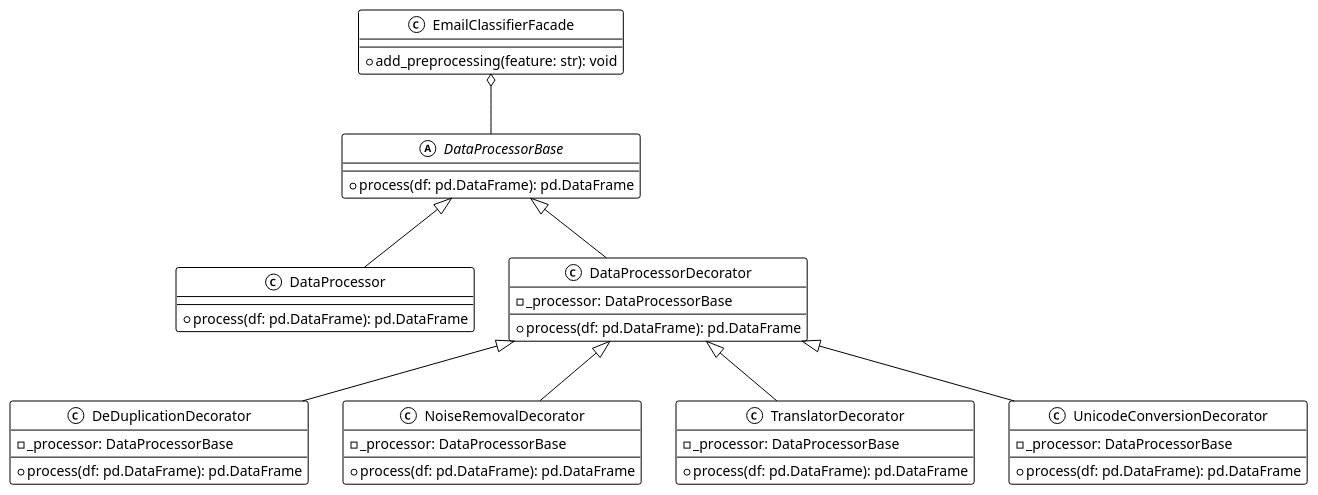
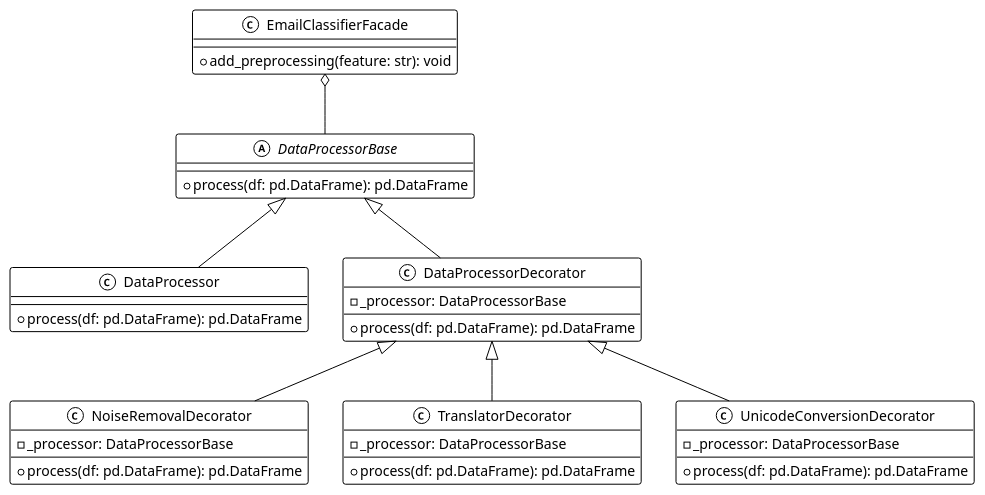
The diagram in uml/decorator_diagram.wsd (chrnas/email-classifier), drawn with PlantUML before and after one commit. The commit also changed 4 other files, not shown here.

```diff
--- a/uml/decorator_diagram.wsd
+++ b/uml/decorator_diagram.wsd
@@ -1,49 +1,43 @@
 @startuml
 !theme mono
 
 class EmailClassifierFacade {
     + add_preprocessing(feature: str): void
 }
 
 abstract class DataProcessorBase {
     + process(df: pd.DataFrame): pd.DataFrame
 }
 
 class DataProcessor {
     + process(df: pd.DataFrame): pd.DataFrame
 }
 
 class DataProcessorDecorator {
-    - _processor: DataProcessorBase
-    + process(df: pd.DataFrame): pd.DataFrame
-}
-
-class DeDuplicationDecorator {
     - _processor: DataProcessorBase
     + process(df: pd.DataFrame): pd.DataFrame
 }
 
 class NoiseRemovalDecorator {
     - _processor: DataProcessorBase
     + process(df: pd.DataFrame): pd.DataFrame
 }
 
 class TranslatorDecorator {
     - _processor: DataProcessorBase
     + process(df: pd.DataFrame): pd.DataFrame
 }
 
 class UnicodeConversionDecorator {
     - _processor: DataProcessorBase
     + process(df: pd.DataFrame): pd.DataFrame
 }
 
 EmailClassifierFacade o-- DataProcessorBase
 DataProcessorBase <|-- DataProcessor
 DataProcessorBase <|-- DataProcessorDecorator
-DataProcessorDecorator <|-- DeDuplicationDecorator
 DataProcessorDecorator <|-- NoiseRemovalDecorator
 DataProcessorDecorator <|-- TranslatorDecorator
 DataProcessorDecorator <|-- UnicodeConversionDecorator
 
 @enduml
```
